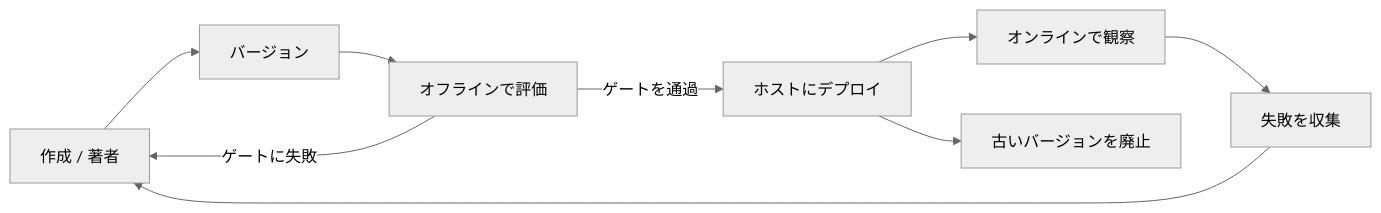
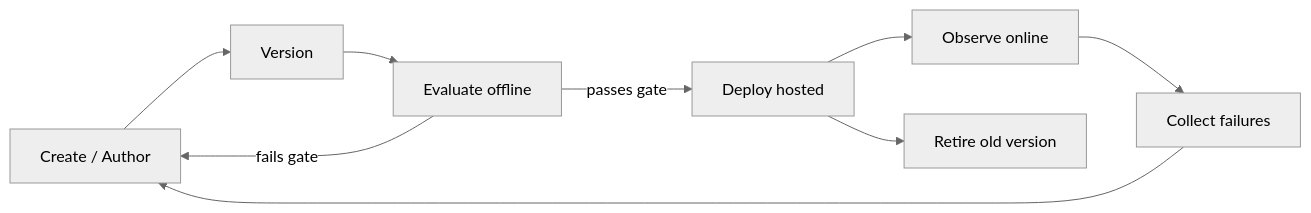
The second of 4 diagrams in translations/ja/16-deploying-scalable-agents/README.md (microsoft/ai-agents-for-beginners), drawn with Mermaid (neutral theme) before and after one commit. The commit also changed other lines of this file and 50 other files, not shown here.

````diff
--- a/translations/ja/16-deploying-scalable-agents/README.md
+++ b/translations/ja/16-deploying-scalable-agents/README.md
@@ -108,11 +108,11 @@
 ```mermaid
 flowchart LR
-    Create[作成 / 著者] --> Version[バージョン]
-    Version --> Evaluate[オフラインで評価]
-    Evaluate -->|ゲートを通過| Deploy[ホストにデプロイ]
-    Evaluate -->|ゲートに失敗| Create
-    Deploy --> Observe[オンラインで観察]
-    Observe --> Improve[失敗を収集]
+    Create[Create / Author] --> Version[Version]
+    Version --> Evaluate[Evaluate offline]
+    Evaluate -->|passes gate| Deploy[Deploy hosted]
+    Evaluate -->|fails gate| Create
+    Deploy --> Observe[Observe online]
+    Observe --> Improve[Collect failures]
     Improve --> Create
-    Deploy --> Retire[古いバージョンを廃止]
+    Deploy --> Retire[Retire old version]
 ```
````
